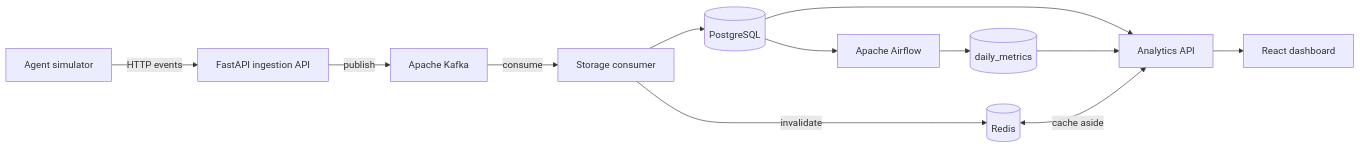
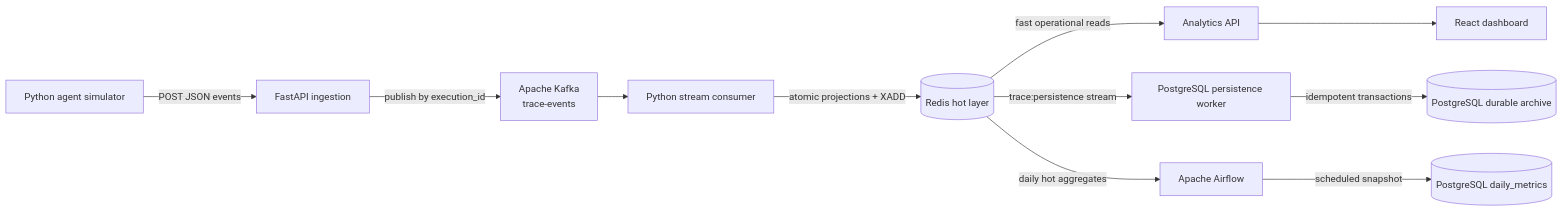
The first of 2 diagrams in README.md (Himkeshtak/Trace-AI), drawn with Mermaid before and after one commit. The commit also changed other lines of this file and 35 other files, not shown here.

First line of the commit message:
feat(platform): adopt Redis hot layer and ship operations dashboard

````diff
--- a/README.md
+++ b/README.md
@@ -28,14 +9,16 @@
 ```mermaid
 flowchart LR
-    S[Agent simulator] -->|HTTP events| API[FastAPI ingestion API]
-    API -->|publish| K[Apache Kafka]
-    K -->|consume| C[Storage consumer]
-    C --> P[(PostgreSQL)]
-    C -->|invalidate| R[(Redis)]
-    P --> A[Apache Airflow]
-    A --> D[(daily_metrics)]
-    P --> Q[Analytics API]
-    D --> Q
-    R <-->|cache aside| Q
+    S[Python agent simulator] -->|POST JSON events| API[FastAPI ingestion]
+    API -->|publish by execution_id| K[Apache Kafka\ntrace-events]
+    K --> C[Python stream consumer]
+
+    C -->|atomic projections + XADD| R[(Redis hot layer)]
+    R -->|fast operational reads| Q[Analytics API]
     Q --> UI[React dashboard]
+
+    R -->|trace:persistence stream| W[PostgreSQL persistence worker]
+    W -->|idempotent transactions| P[(PostgreSQL durable archive)]
+
+    R -->|daily hot aggregates| A[Apache Airflow]
+    A -->|scheduled snapshot| D[(PostgreSQL daily_metrics)]
 ```
````
